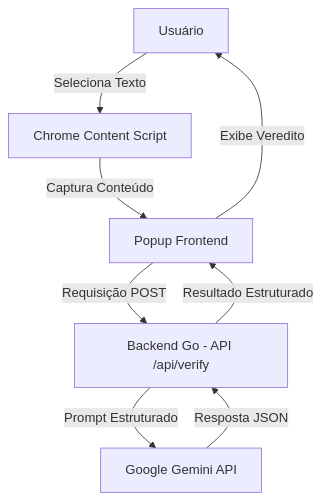
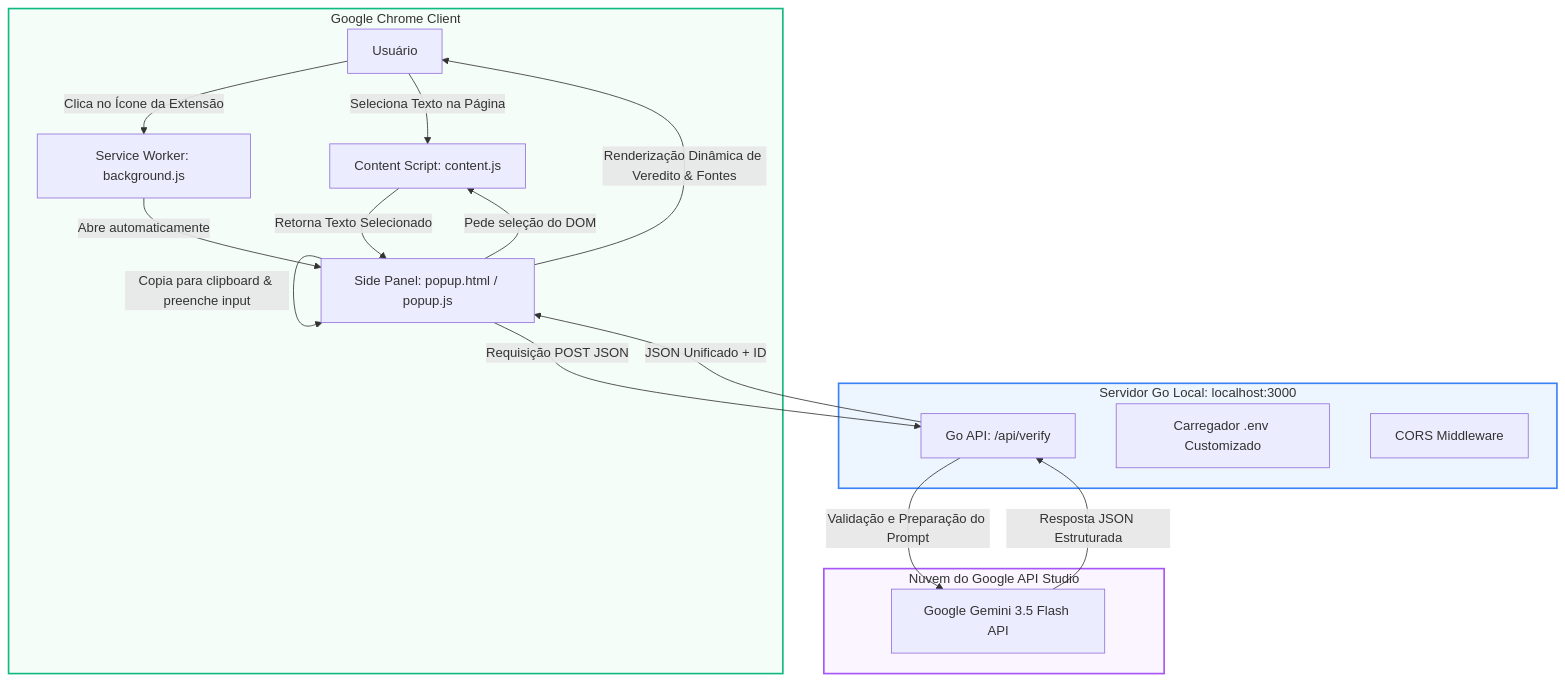
Before and after one commit to BrThiagoN/serah-googleExtension: the diagram in README.md, drawn with Mermaid. The commit also changed other lines of this file, not shown here.

````diff
--- a/README.md
+++ b/README.md
@@ -77,10 +55,31 @@
 ```mermaid
-flowchart TD
-    A[Usuário] -->|Seleciona Texto| B[Chrome Content Script]
-    B -->|Captura Conteúdo| C[Popup Frontend]
-    C -->|Requisição POST| D[Backend Go - API /api/verify]
-    D -->|Prompt Estruturado| E[Google Gemini API]
-    E -->|Resposta JSON| D
-    D -->|Resultado Estruturado| C
-    C -->|Exibe Veredito| A
+flowchart TB
+    subgraph Navegador [Google Chrome Client]
+        A[Usuário] -->|Seleciona Texto na Página| B[Content Script: content.js]
+        A -->|Clica no Ícone da Extensão| C[Service Worker: background.js]
+        C -->|Abre automaticamente| D[Side Panel: popup.html / popup.js]
+        D -->|Pede seleção do DOM| B
+        B -->|Retorna Texto Selecionado| D
+        D -->|Copia para clipboard & preenche input| D
+    end
+
+    subgraph BackendLocal [Servidor Go Local: localhost:3000]
+        E[Go API: /api/verify]
+        F[Carregador .env Customizado]
+        G[CORS Middleware]
+    end
+
+    subgraph GoogleCloud [Nuvem do Google API Studio]
+        H[Google Gemini 3.5 Flash API]
+    end
+
+    D -->|Requisição POST JSON| E
+    E -->|Validação e Preparação do Prompt| H
+    H -->|Resposta JSON Estruturada| E
+    E -->|JSON Unificado + ID| D
+    D -->|Renderização Dinâmica de Veredito & Fontes| A
+
+    style Navegador fill:#f5fdf9,stroke:#10b981,stroke-width:2px;
+    style BackendLocal fill:#edf5ff,stroke:#3b82f6,stroke-width:2px;
+    style GoogleCloud fill:#faf5ff,stroke:#a855f7,stroke-width:2px;
 ```
````
